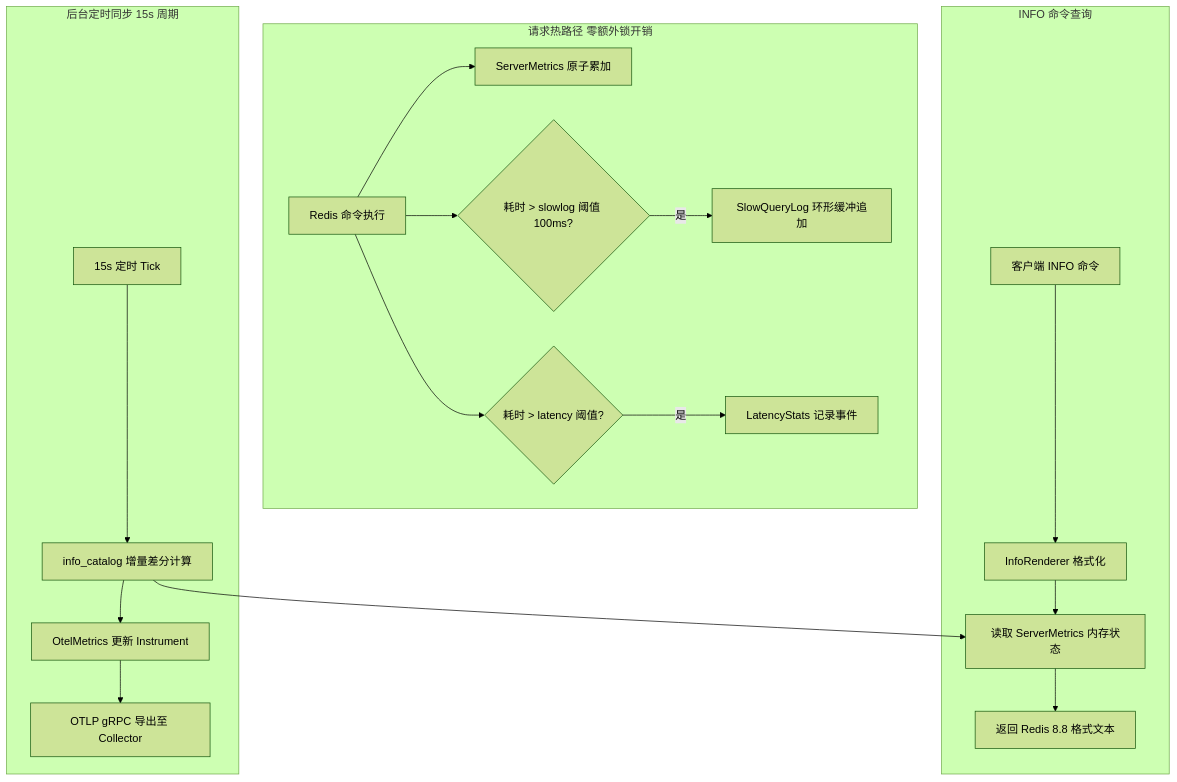
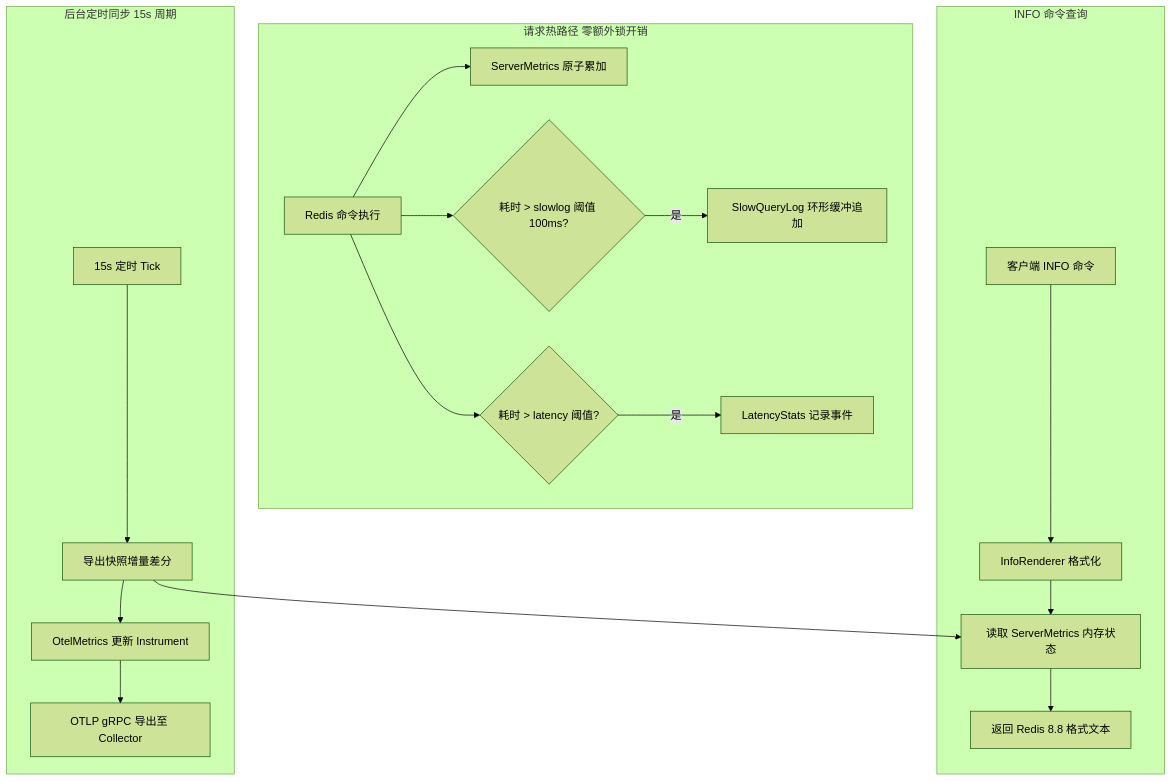
One commit to wiqun/AiKv changed the diagram in docs/modules/07-observability.md. Above: the diagram before and after it, drawn with Mermaid (forest theme). The commit also changed other lines of this file and 2 other files, not shown here.

````diff
--- a/docs/modules/07-observability.md
+++ b/docs/modules/07-observability.md
@@ -57,23 +58,23 @@
 ```mermaid
 flowchart TD
     subgraph HotExecution [请求热路径 零额外锁开销]
         Req[Redis 命令执行] --> AtomicInc[ServerMetrics 原子累加]
         Req --> LatencyCheck{耗时 > slowlog 阈值 100ms?}
         LatencyCheck -->|是| AppendSlowlog[SlowQueryLog 环形缓冲追加]
         Req --> SpikeCheck{耗时 > latency 阈值?}
         SpikeCheck -->|是| AppendLatency[LatencyStats 记录事件]
     end
 
     subgraph InfoCommand [INFO 命令查询]
         InfoReq[客户端 INFO 命令] --> InfoRenderer[InfoRenderer 格式化]
         InfoRenderer --> ReadMetrics[读取 ServerMetrics 内存状态]
         ReadMetrics --> RespValue[返回 Redis 8.8 格式文本]
     end
 
     subgraph BackgroundSync [后台定时同步 15s 周期]
-        Timer[15s 定时 Tick] --> Sync[info_catalog 增量差分计算]
+        Timer[15s 定时 Tick] --> Sync[导出快照增量差分]
         Sync --> ReadMetrics
         Sync --> OtelPush[OtelMetrics 更新 Instrument]
         OtelPush --> OTLP[OTLP gRPC 导出至 Collector]
     end
 ```
````
